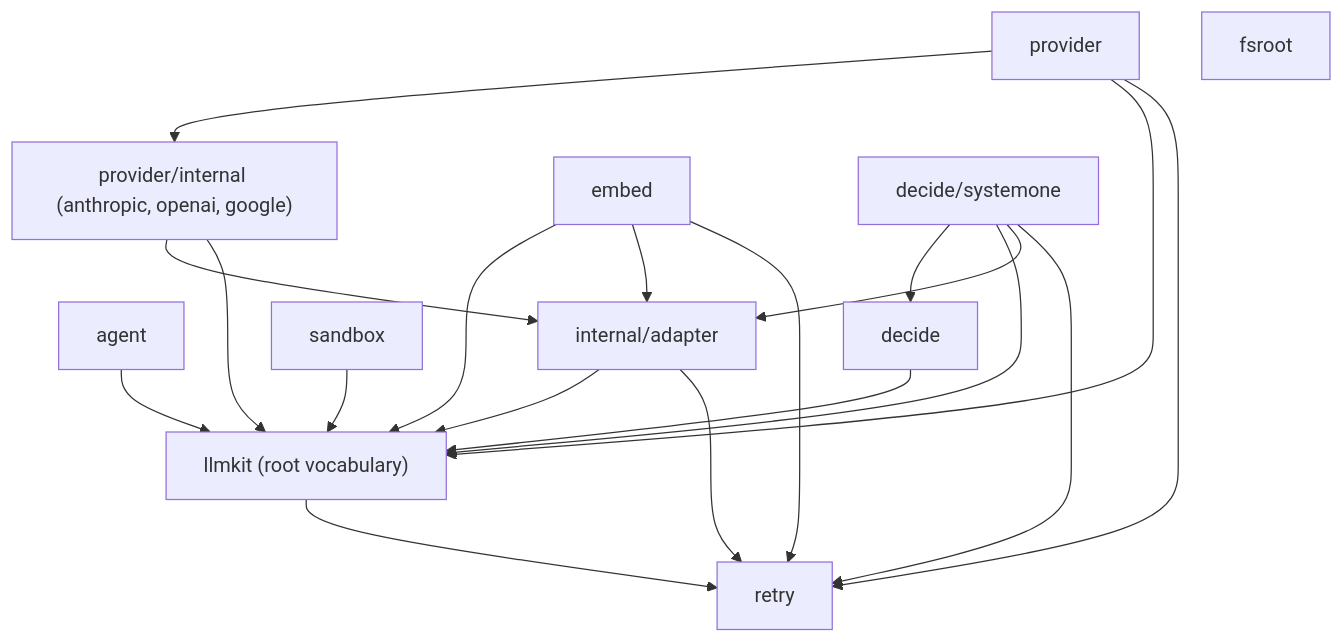
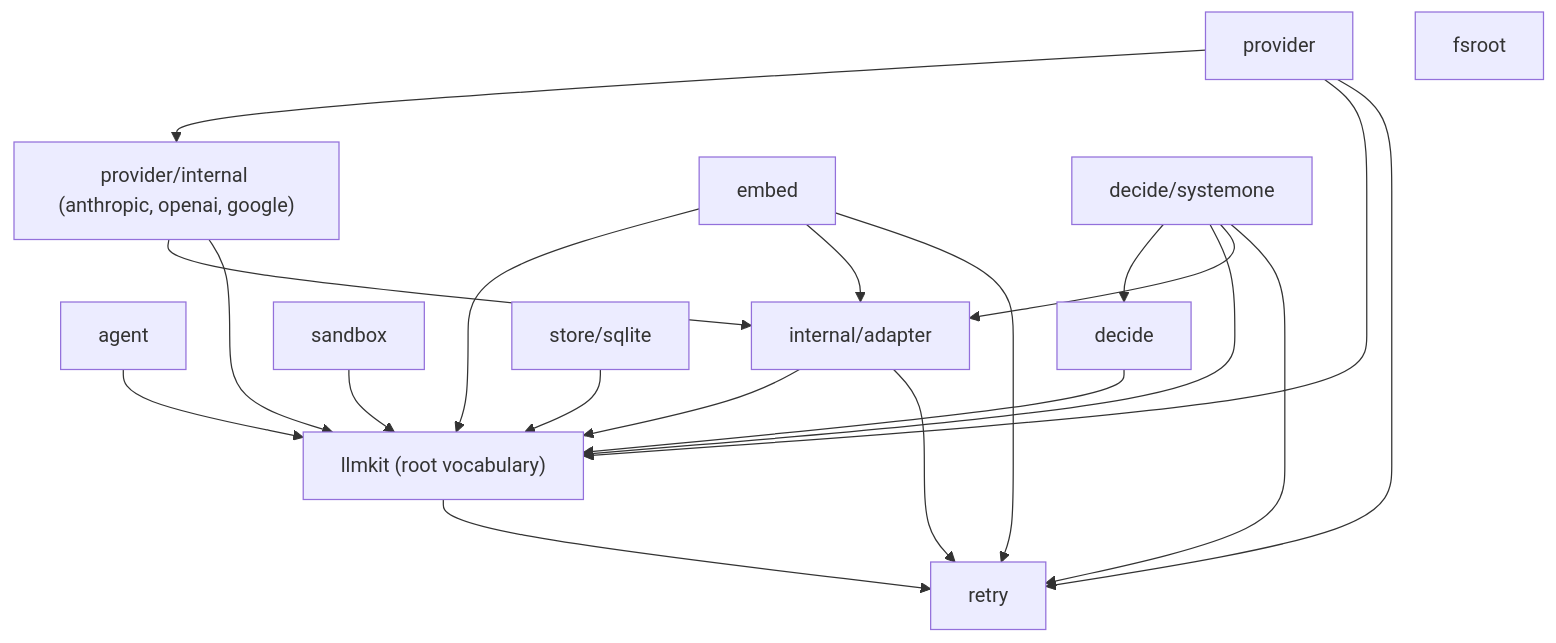
The diagram in docs/design.md (dpoage/llmkit), drawn with Mermaid before and after one commit. The commit also changed other lines of this file and 11 other files, not shown here.

````diff
--- a/docs/design.md
+++ b/docs/design.md
@@ -12,24 +12,25 @@
 ```mermaid
 flowchart TD
     AGENT["agent"]
     PROV["provider"] --> ADAPTERS["provider/internal (anthropic, openai, google)"]
     ADAPTERS --> IA["internal/adapter"]
     IA --> ROOT["llmkit (root vocabulary)"]
     ADAPTERS --> ROOT
     PROV --> ROOT
     AGENT --> ROOT
     EMBED["embed"] --> ROOT
     EMBED --> IA
     SANDBOX["sandbox"] --> ROOT
     DECIDE["decide"] --> ROOT
+    STORE["store/sqlite"] --> ROOT
     SYSONE["decide/systemone"] --> DECIDE
     SYSONE --> ROOT
     SYSONE --> IA
     RETRY["retry"]
     ROOT --> RETRY
     IA --> RETRY
     PROV --> RETRY
     EMBED --> RETRY
     SYSONE --> RETRY
     FSROOT["fsroot"]
 ```
````
